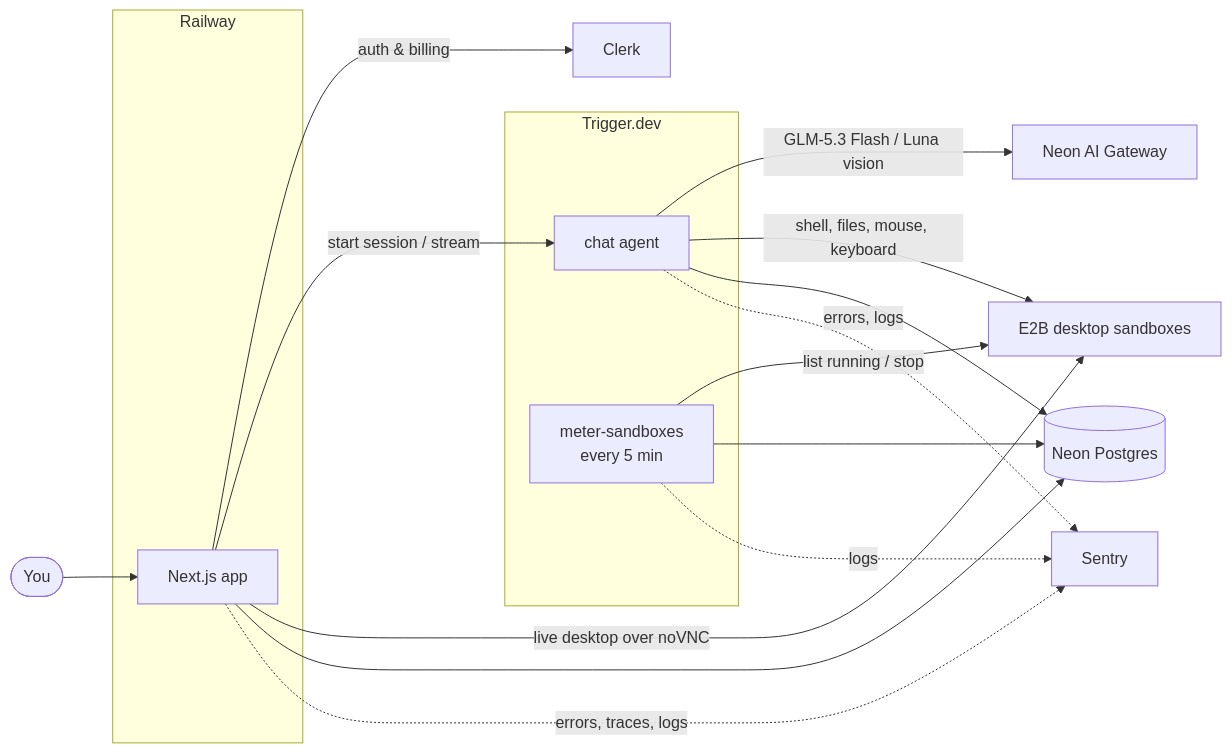
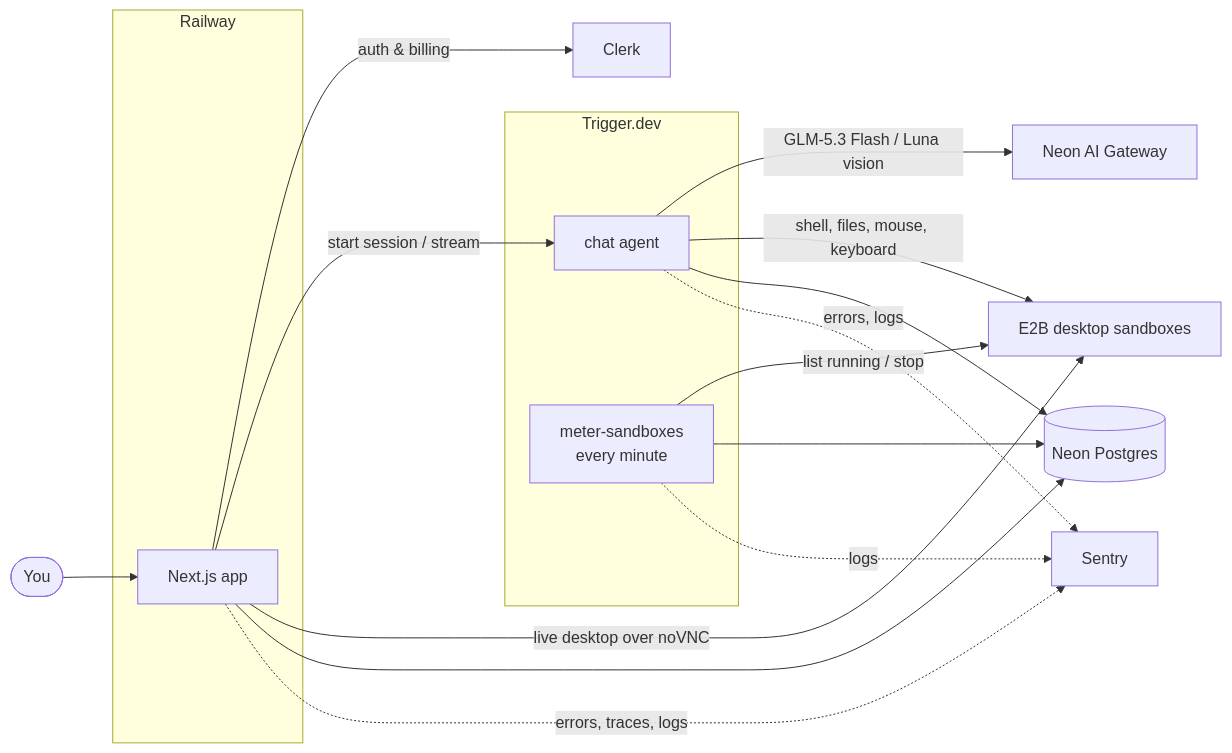
Before and after one commit to drewsephski/ai-teammates: the diagram in README.md, drawn with Mermaid. The commit also changed other lines of this file and 33 other files, not shown here.

````diff
--- a/README.md
+++ b/README.md
@@ -59,29 +59,29 @@
 ```mermaid
 flowchart LR
     U([You]) --> APP
 
     subgraph Railway
         APP[Next.js app]
     end
 
     APP -- auth & billing --> CLERK[Clerk]
     APP -- start session / stream --> AGENT
 
     subgraph Trigger.dev
         AGENT[chat agent]
-        METER[meter-sandboxes<br/>every 5 min]
+        METER[meter-sandboxes<br/>every minute]
     end
 
     AGENT -- GLM-5.3 Flash / Luna vision --> GATEWAY[Neon AI Gateway]
     AGENT -- shell, files, mouse, keyboard --> SANDBOX[E2B desktop sandboxes]
     APP -- live desktop over noVNC --> SANDBOX
     METER -- list running / stop --> SANDBOX
 
     APP --> DB[(Neon Postgres)]
     AGENT --> DB
     METER --> DB
 
     APP -. errors, traces, logs .-> SENTRY[Sentry]
     AGENT -. errors, logs .-> SENTRY
     METER -. logs .-> SENTRY
 ```
````
